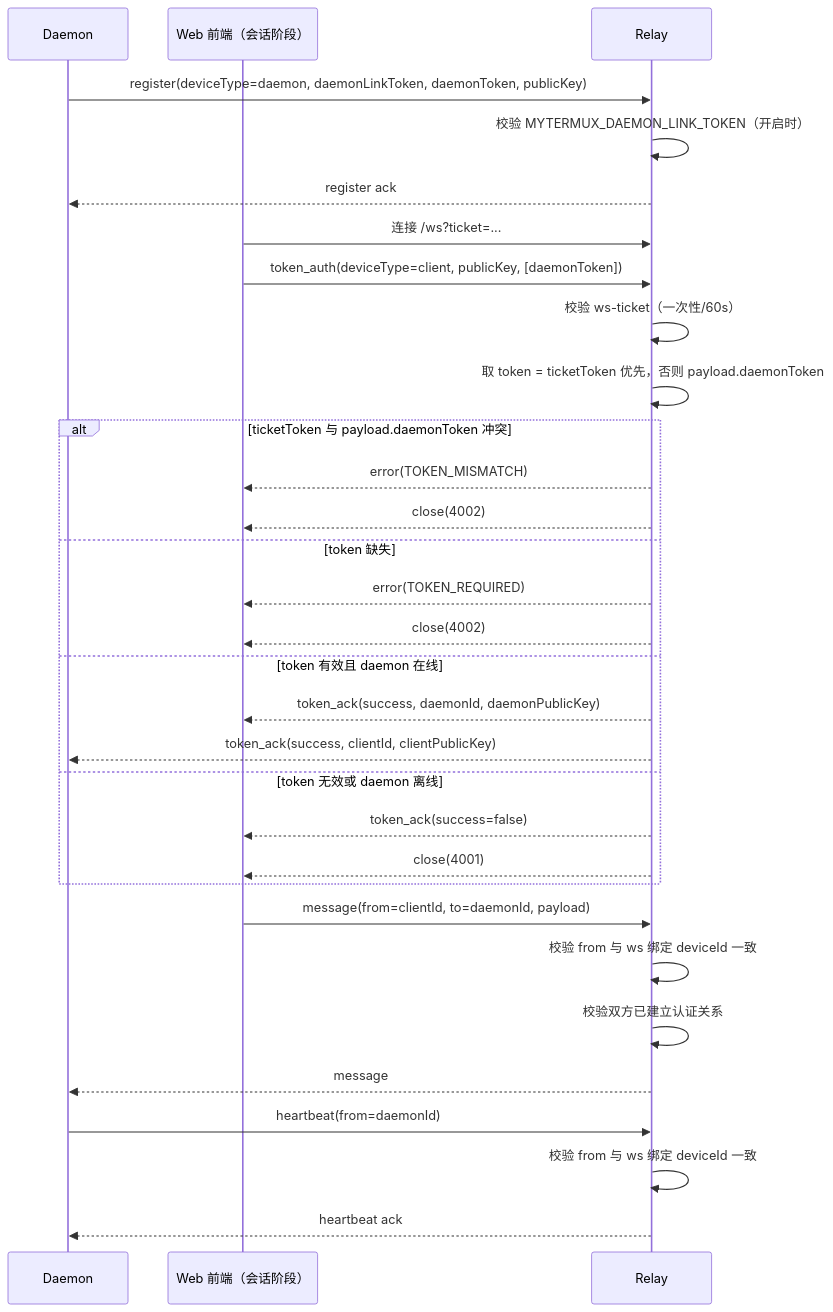
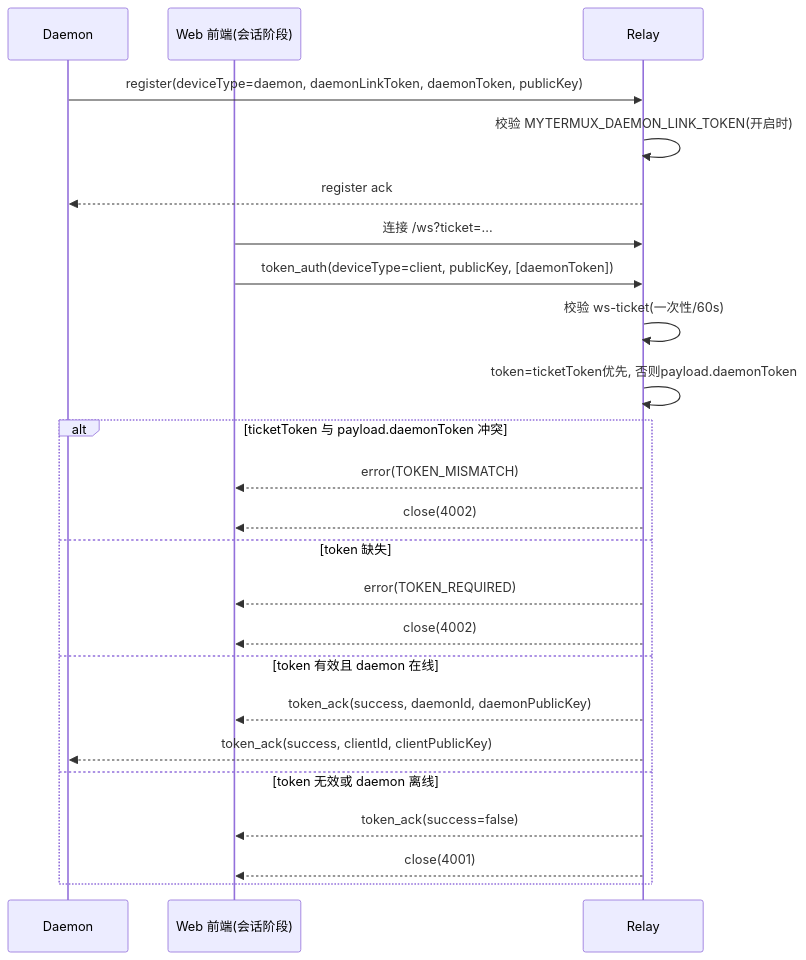
Before and after one commit to ShakaRover/MyTermux: the third of 3 diagrams in docs/SERVICE_PROTOCOL_FLOW.md, drawn with Mermaid. The commit also changed other lines of this file and 25 other files, not shown here.

````diff
--- a/docs/SERVICE_PROTOCOL_FLOW.md
+++ b/docs/SERVICE_PROTOCOL_FLOW.md
@@ -62,37 +65,29 @@
 ```mermaid
 sequenceDiagram
   participant D as Daemon
-  participant C as Web 前端（会话阶段）
+  participant C as Web 前端(会话阶段)
   participant R as Relay
 
   D->>R: register(deviceType=daemon, daemonLinkToken, daemonToken, publicKey)
-  R->>R: 校验 MYTERMUX_DAEMON_LINK_TOKEN（开启时）
+  R->>R: 校验 MYTERMUX_DAEMON_LINK_TOKEN(开启时)
   R-->>D: register ack
 
   C->>R: 连接 /ws?ticket=...
   C->>R: token_auth(deviceType=client, publicKey, [daemonToken])
-  R->>R: 校验 ws-ticket（一次性/60s）
-  R->>R: 取 token = ticketToken 优先，否则 payload.daemonToken
+  R->>R: 校验 ws-ticket(一次性/60s)
+  R->>R: token=ticketToken优先, 否则payload.daemonToken
+
   alt ticketToken 与 payload.daemonToken 冲突
     R-->>C: error(TOKEN_MISMATCH)
     R-->>C: close(4002)
   else token 缺失
     R-->>C: error(TOKEN_REQUIRED)
     R-->>C: close(4002)
   else token 有效且 daemon 在线
     R-->>C: token_ack(success, daemonId, daemonPublicKey)
     R-->>D: token_ack(success, clientId, clientPublicKey)
   else token 无效或 daemon 离线
     R-->>C: token_ack(success=false)
     R-->>C: close(4001)
   end
-
-  C->>R: message(from=clientId, to=daemonId, payload)
-  R->>R: 校验 from 与 ws 绑定 deviceId 一致
-  R->>R: 校验双方已建立认证关系
-  R-->>D: message
-
-  D->>R: heartbeat(from=daemonId)
-  R->>R: 校验 from 与 ws 绑定 deviceId 一致
-  R-->>D: heartbeat ack
 ```
````
